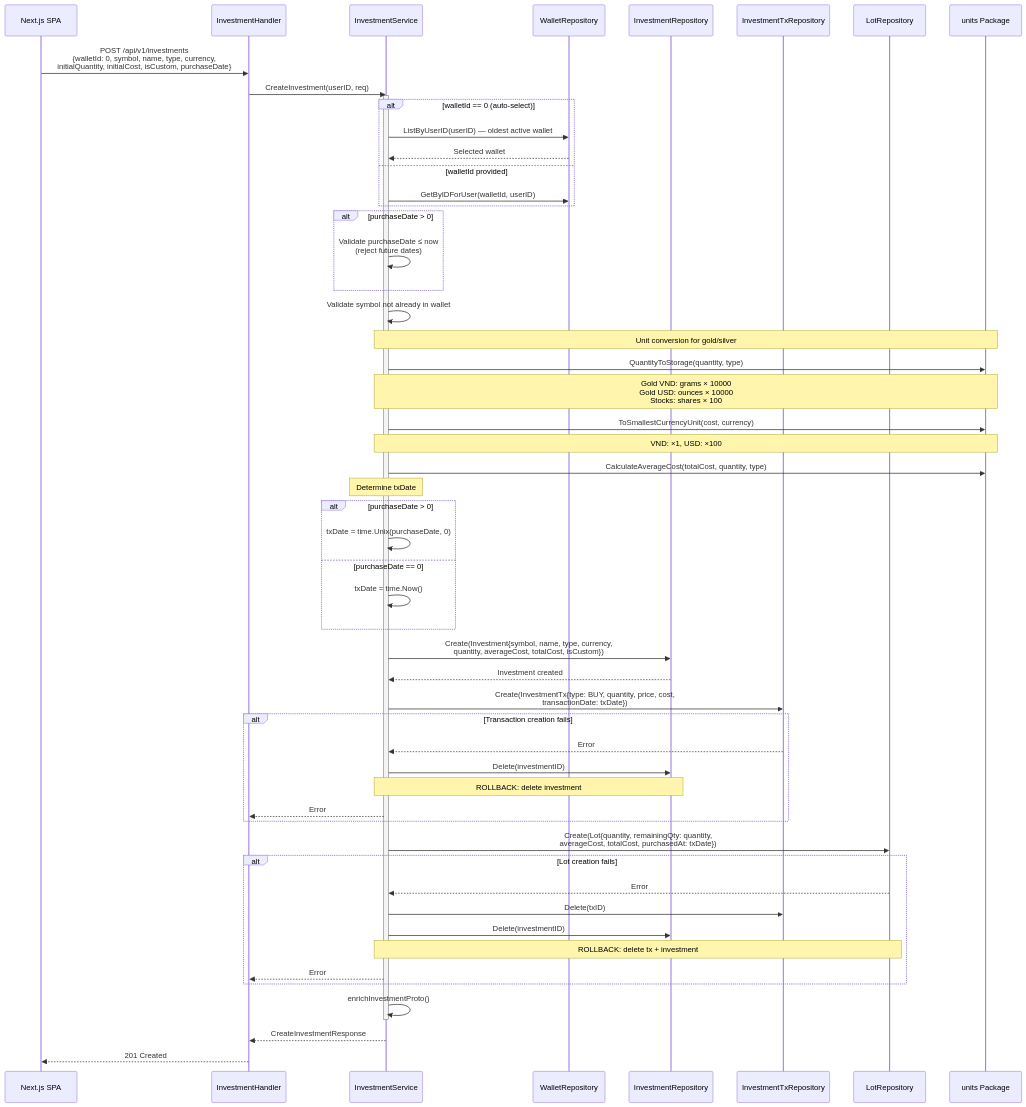
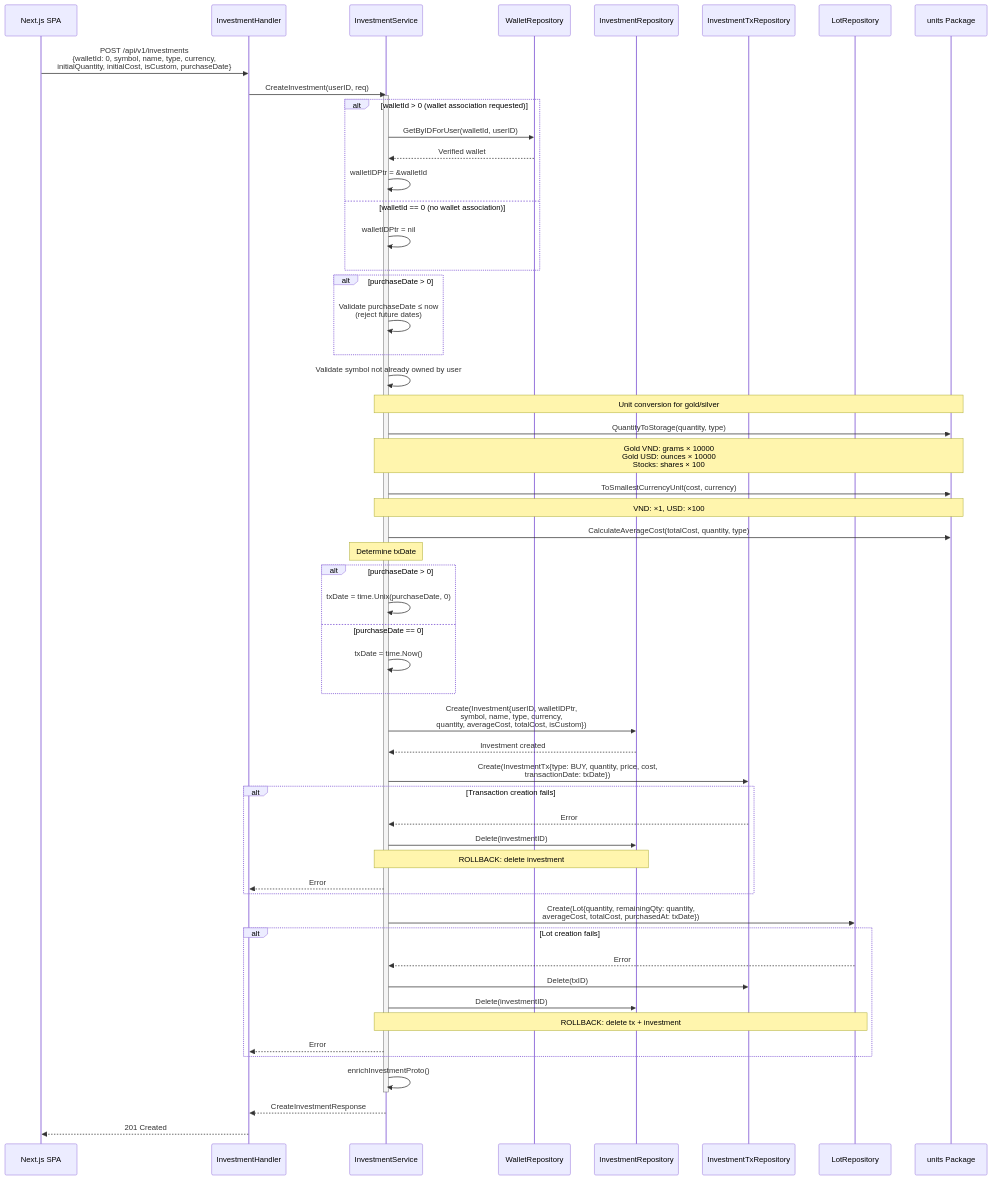
One commit to khanhnq1406/wealth-journey changed the first of 8 diagrams in docs/architecture/flow-investment.md. Above: the diagram before and after it, drawn with Mermaid. The commit also changed other lines of this file and 3 other files, not shown here.

First line of the commit message:
docs(architecture): update diagrams for investment user ownership

````diff
--- a/docs/architecture/flow-investment.md
+++ b/docs/architecture/flow-investment.md
@@ -22,70 +22,71 @@
 ```mermaid
 sequenceDiagram
     participant SPA as Next.js SPA
     participant H as InvestmentHandler
     participant IS as InvestmentService
     participant WR as WalletRepository
     participant IR as InvestmentRepository
     participant ITR as InvestmentTxRepository
     participant LR as LotRepository
     participant Units as units Package
 
     SPA->>H: POST /api/v1/investments<br/>{walletId: 0, symbol, name, type, currency,<br/>initialQuantity, initialCost, isCustom, purchaseDate}
     H->>IS: CreateInvestment(userID, req)
 
     activate IS
 
-    alt walletId == 0 (auto-select)
-        IS->>WR: ListByUserID(userID) — oldest active wallet
-        WR-->>IS: Selected wallet
-    else walletId provided
+    alt walletId > 0 (wallet association requested)
         IS->>WR: GetByIDForUser(walletId, userID)
+        WR-->>IS: Verified wallet
+        IS->>IS: walletIDPtr = &walletId
+    else walletId == 0 (no wallet association)
+        IS->>IS: walletIDPtr = nil
     end
 
     alt purchaseDate > 0
         IS->>IS: Validate purchaseDate ≤ now<br/>(reject future dates)
     end
 
-    IS->>IS: Validate symbol not already in wallet
+    IS->>IS: Validate symbol not already owned by user
 
     Note over IS,Units: Unit conversion for gold/silver
     IS->>Units: QuantityToStorage(quantity, type)
     Note over IS,Units: Gold VND: grams × 10000<br/>Gold USD: ounces × 10000<br/>Stocks: shares × 100
     IS->>Units: ToSmallestCurrencyUnit(cost, currency)
     Note over IS,Units: VND: ×1, USD: ×100
 
     IS->>Units: CalculateAverageCost(totalCost, quantity, type)
 
     Note over IS: Determine txDate
     alt purchaseDate > 0
         IS->>IS: txDate = time.Unix(purchaseDate, 0)
     else purchaseDate == 0
         IS->>IS: txDate = time.Now()
     end
 
-    IS->>IR: Create(Investment{symbol, name, type, currency,<br/>quantity, averageCost, totalCost, isCustom})
+    IS->>IR: Create(Investment{userID, walletIDPtr,<br/>symbol, name, type, currency,<br/>quantity, averageCost, totalCost, isCustom})
     IR-->>IS: Investment created
 
     IS->>ITR: Create(InvestmentTx{type: BUY, quantity, price, cost,<br/>transactionDate: txDate})
     alt Transaction creation fails
         ITR-->>IS: Error
         IS->>IR: Delete(investmentID)
         Note over IS,IR: ROLLBACK: delete investment
         IS-->>H: Error
     end
 
     IS->>LR: Create(Lot{quantity, remainingQty: quantity,<br/>averageCost, totalCost, purchasedAt: txDate})
     alt Lot creation fails
         LR-->>IS: Error
         IS->>ITR: Delete(txID)
         IS->>IR: Delete(investmentID)
         Note over IS,LR: ROLLBACK: delete tx + investment
         IS-->>H: Error
     end
 
     IS->>IS: enrichInvestmentProto()
     deactivate IS
 
     IS-->>H: CreateInvestmentResponse
     H-->>SPA: 201 Created
 ```
````
